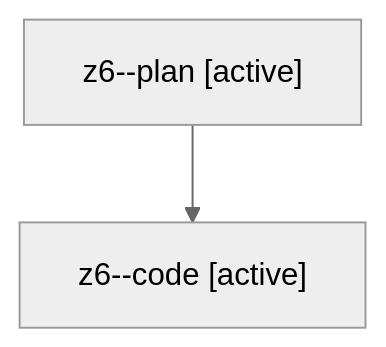
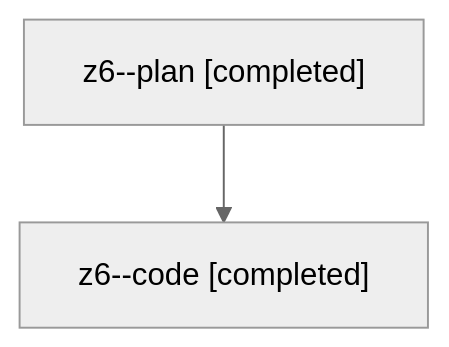
One commit to sase-org/sase--agents changed the diagram in families/bbugyi200.athena.z6.md. Above: the diagram before and after it, drawn with Mermaid (neutral theme). The commit also changed other lines of this file and 113 other files, not shown here.

````diff
--- a/families/bbugyi200.athena.z6.md
+++ b/families/bbugyi200.athena.z6.md
@@ -9,6 +9,6 @@
 ```mermaid
 flowchart TD
-  n0["z6--plan [active]"]
-  n1["z6--code [active]"]
+  n0["z6--plan [completed]"]
+  n1["z6--code [completed]"]
   n0 --> n1
 ```
````
